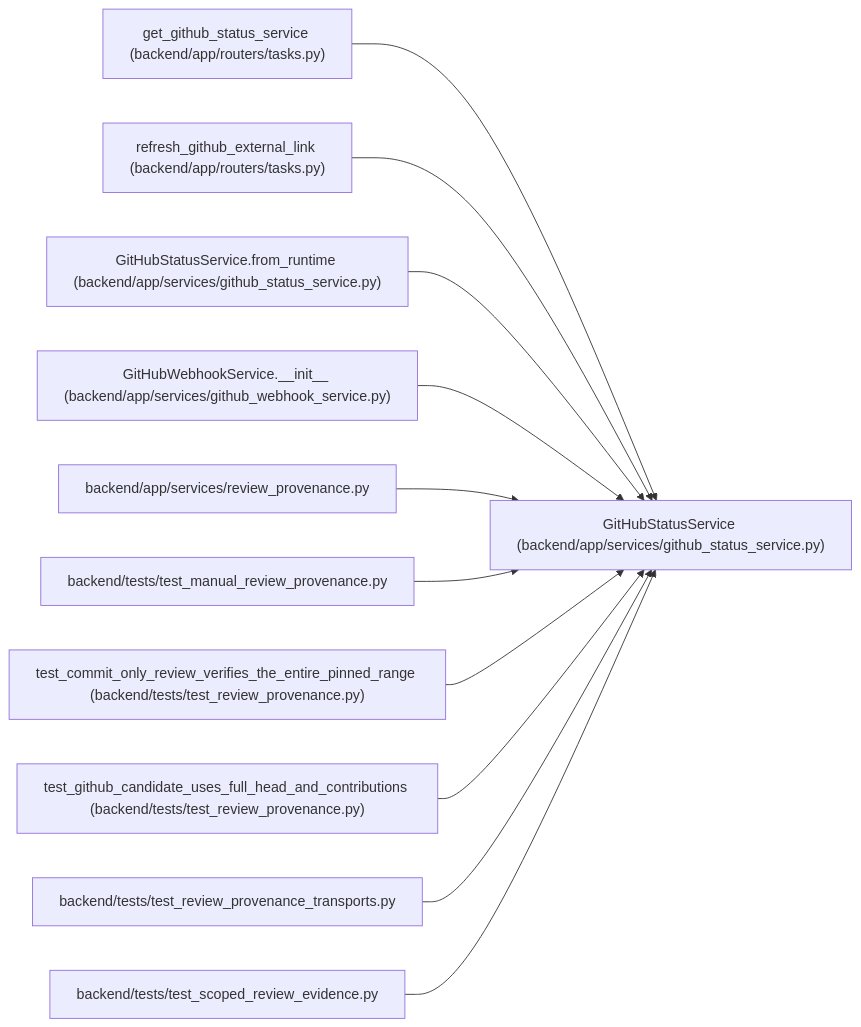
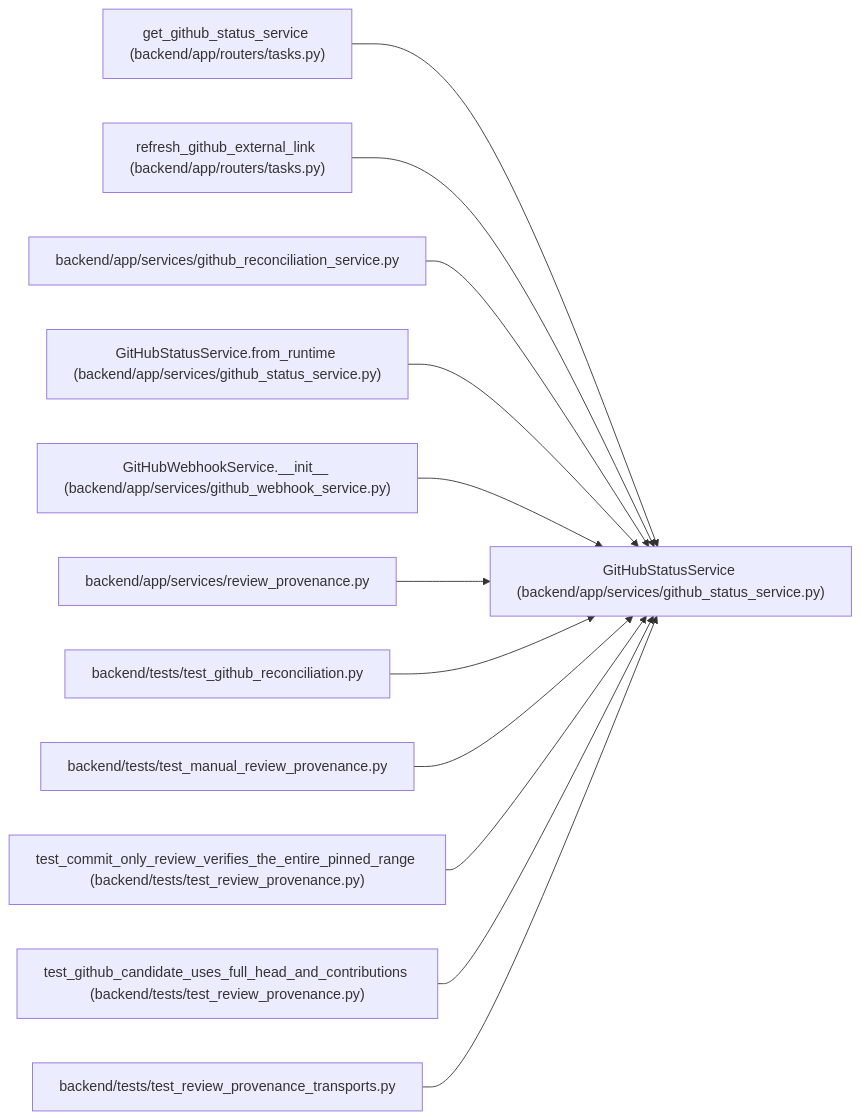
The diagram in docs/llm_wiki/entities/GitHubStatusService.md (Denissvgn/WorkChord), drawn with Mermaid before and after one commit. The commit also changed other lines of this file and 1817 other files, not shown here.

First line of the commit message:
Refresh the architectural wiki for the 1.9.0 changes

````diff
--- a/docs/llm_wiki/entities/GitHubStatusService.md
+++ b/docs/llm_wiki/entities/GitHubStatusService.md
@@ -40,35 +45,38 @@
 ```mermaid
 flowchart LR
     n0["GitHubStatusService (backend/app/services/github_status_service.py)"]
     n1["get_github_status_service (backend/app/routers/tasks.py)"]
     n2["refresh_github_external_link (backend/app/routers/tasks.py)"]
-    n3["GitHubStatusService.from_runtime (backend/app/services/github_status_service.py)"]
-    n4["GitHubWebhookService.__init__ (backend/app/services/github_webhook_service.py)"]
-    n5["backend/app/services/review_provenance.py"]
-    n6["backend/tests/test_manual_review_provenance.py"]
-    n7["test_commit_only_review_verifies_the_entire_pinned_range (backend/tests/test_review_provenance.py)"]
-    n8["test_github_candidate_uses_full_head_and_contributions (backend/tests/test_review_provenance.py)"]
-    n9["backend/tests/test_review_provenance_transports.py"]
-    n10["backend/tests/test_scoped_review_evidence.py"]
+    n3["backend/app/services/github_reconciliation_service.py"]
+    n4["GitHubStatusService.from_runtime (backend/app/services/github_status_service.py)"]
+    n5["GitHubWebhookService.__init__ (backend/app/services/github_webhook_service.py)"]
+    n6["backend/app/services/review_provenance.py"]
+    n7["backend/tests/test_github_reconciliation.py"]
+    n8["backend/tests/test_manual_review_provenance.py"]
+    n9["test_commit_only_review_verifies_the_entire_pinned_range (backend/tests/test_review_provenance.py)"]
+    n10["test_github_candidate_uses_full_head_and_contributions (backend/tests/test_review_provenance.py)"]
+    n11["backend/tests/test_review_provenance_transports.py"]
     n1 --> n0
     n2 --> n0
     n3 --> n0
     n4 --> n0
     n5 --> n0
     n6 --> n0
     n7 --> n0
     n8 --> n0
     n9 --> n0
     n10 --> n0
+    n11 --> n0
     click n0 "../modules/github_status_service.md"
     click n1 "../modules/tasks.md"
     click n2 "../modules/tasks.md"
-    click n3 "../modules/github_status_service.md"
-    click n4 "../modules/github_webhook_service.md"
-    click n5 "../modules/review_provenance.md"
-    click n6 "../modules/test_manual_review_provenance.md"
-    click n7 "../modules/test_review_provenance.md"
-    click n8 "../modules/test_review_provenance.md"
-    click n9 "../modules/test_review_provenance_transports.md"
-    click n10 "../modules/test_scoped_review_evidence.md"
+    click n3 "../modules/github_reconciliation_service.md"
+    click n4 "../modules/github_status_service.md"
+    click n5 "../modules/github_webhook_service.md"
+    click n6 "../modules/review_provenance.md"
+    click n7 "../modules/test_github_reconciliation.md"
+    click n8 "../modules/test_manual_review_provenance.md"
+    click n9 "../modules/test_review_provenance.md"
+    click n10 "../modules/test_review_provenance.md"
+    click n11 "../modules/test_review_provenance_transports.md"
 ```
````
